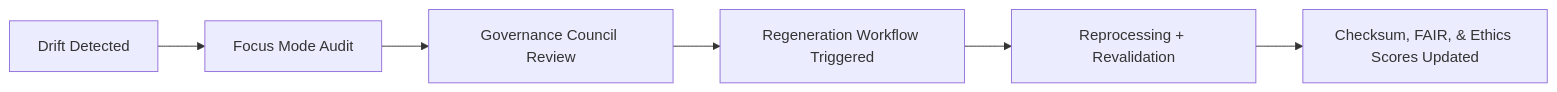
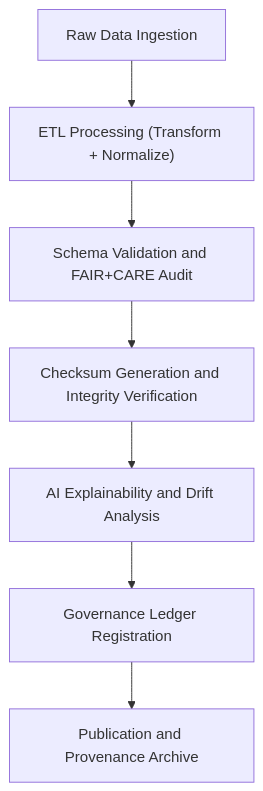
One commit to bartytime4life/Kansas-Frontier-Matrix changed the second of 2 diagrams in data/ARCHITECTURE.md. Above: the diagram before and after it, drawn with Mermaid. The commit also changed other lines of this file, not shown here.

````diff
--- a/data/ARCHITECTURE.md
+++ b/data/ARCHITECTURE.md
@@ -140,8 +121,9 @@
 ```mermaid
-graph LR
-  A["Drift Detected"] --> B["Focus Mode Audit"]
-  B --> C["Governance Council Review"]
-  C --> D["Regeneration Workflow Triggered"]
-  D --> E["Reprocessing + Revalidation"]
-  E --> F["Checksum, FAIR, & Ethics Scores Updated"]
+flowchart TD
+    A["Raw Data Ingestion"] --> B["ETL Processing (Transform + Normalize)"]
+    B --> C["Schema Validation and FAIR+CARE Audit"]
+    C --> D["Checksum Generation and Integrity Verification"]
+    D --> E["AI Explainability and Drift Analysis"]
+    E --> F["Governance Ledger Registration"]
+    F --> G["Publication and Provenance Archive"]
 ```
````
